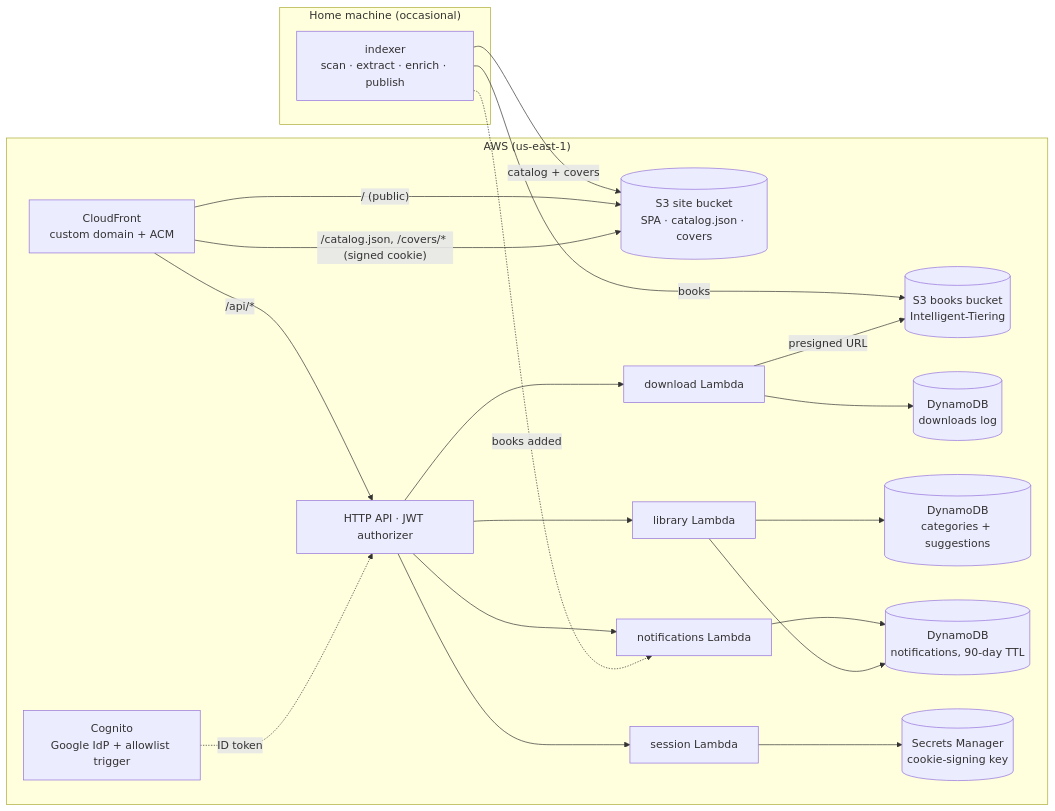
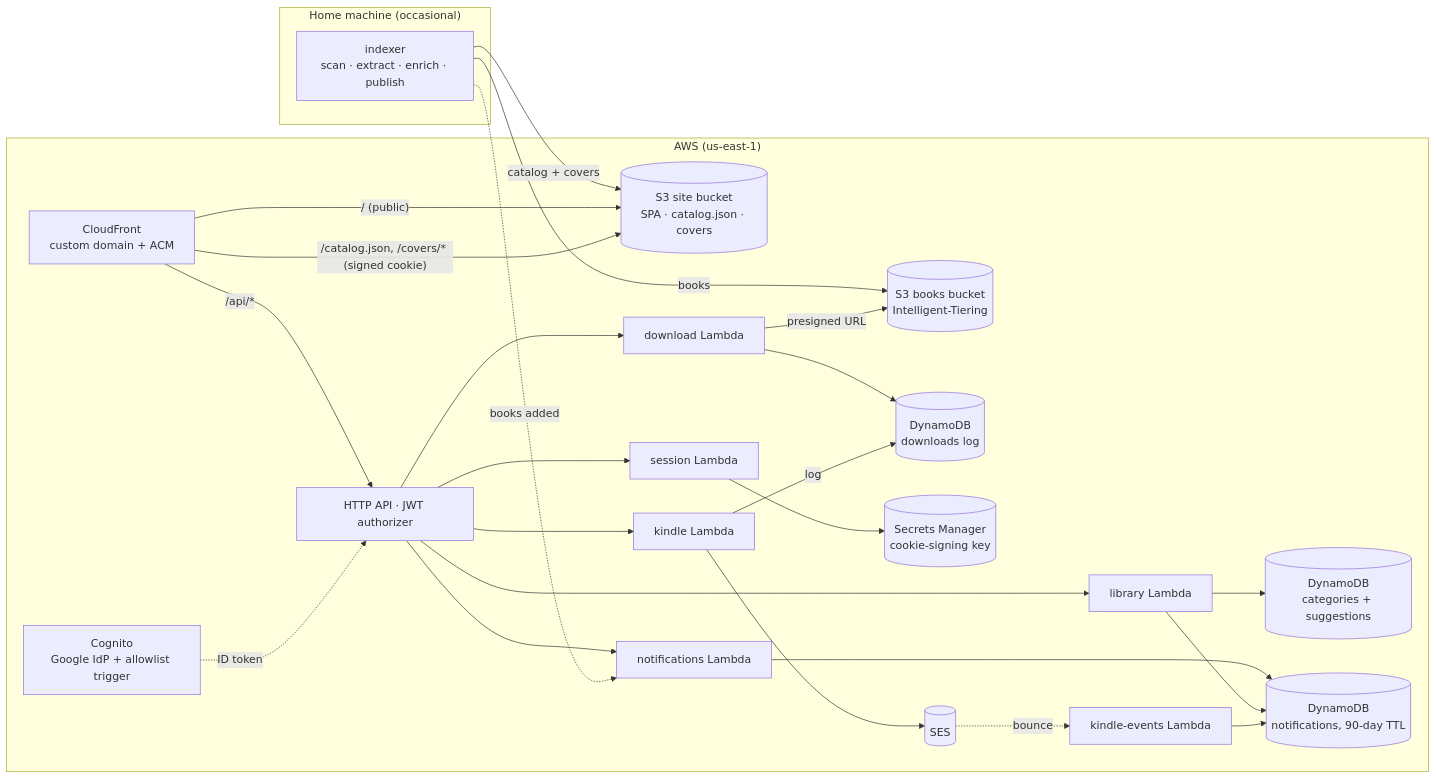
The diagram in README.md (DavidJDrake/lit-library), drawn with Mermaid before and after one commit. The commit also changed other lines of this file and 10 other files, not shown here.

First line of the commit message:
feat(web): kindle_bounce notification; docs for Send to Kindle and event review

````diff
--- a/README.md
+++ b/README.md
@@ -48,34 +53,40 @@
 ```mermaid
 flowchart LR
   subgraph local["Home machine (occasional)"]
     IDX[indexer<br/>scan · extract · enrich · publish]
   end
   subgraph aws["AWS (us-east-1)"]
     CF[CloudFront<br/>custom domain + ACM]
     SITE[(S3 site bucket<br/>SPA · catalog.json · covers)]
     BOOKS[(S3 books bucket<br/>Intelligent-Tiering)]
     COG[Cognito<br/>Google IdP + allowlist trigger]
     API[HTTP API · JWT authorizer]
     DL[download Lambda]
     SESS[session Lambda]
     LIB[library Lambda]
     NOTIF[notifications Lambda]
+    KIN[kindle Lambda]
+    KEV[kindle-events Lambda]
     DDB[(DynamoDB<br/>downloads log)]
     LIBT[(DynamoDB<br/>categories + suggestions)]
     NOTIFT[(DynamoDB<br/>notifications, 90-day TTL)]
     SM[(Secrets Manager<br/>cookie-signing key)]
+    SES[(SES)]
   end
   IDX -->|books| BOOKS
   IDX -->|catalog + covers| SITE
   CF -->|"/ (public)"| SITE
   CF -->|"/catalog.json, /covers/* (signed cookie)"| SITE
   CF -->|"/api/*"| API
   API --> DL --> DDB
   DL -->|presigned URL| BOOKS
   API --> SESS --> SM
   API --> LIB --> LIBT
   API --> NOTIF --> NOTIFT
   LIB --> NOTIFT
+  API --> KIN --> SES
+  KIN -->|log| DDB
+  SES -.->|bounce| KEV --> NOTIFT
   IDX -.->|books added| NOTIF
   COG -.->|ID token| API
 ```
````
